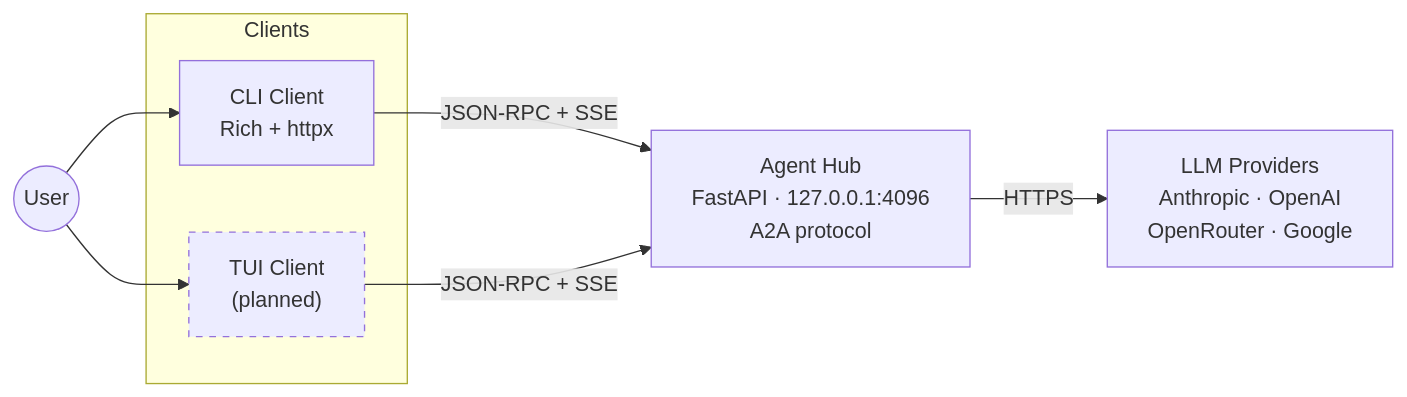
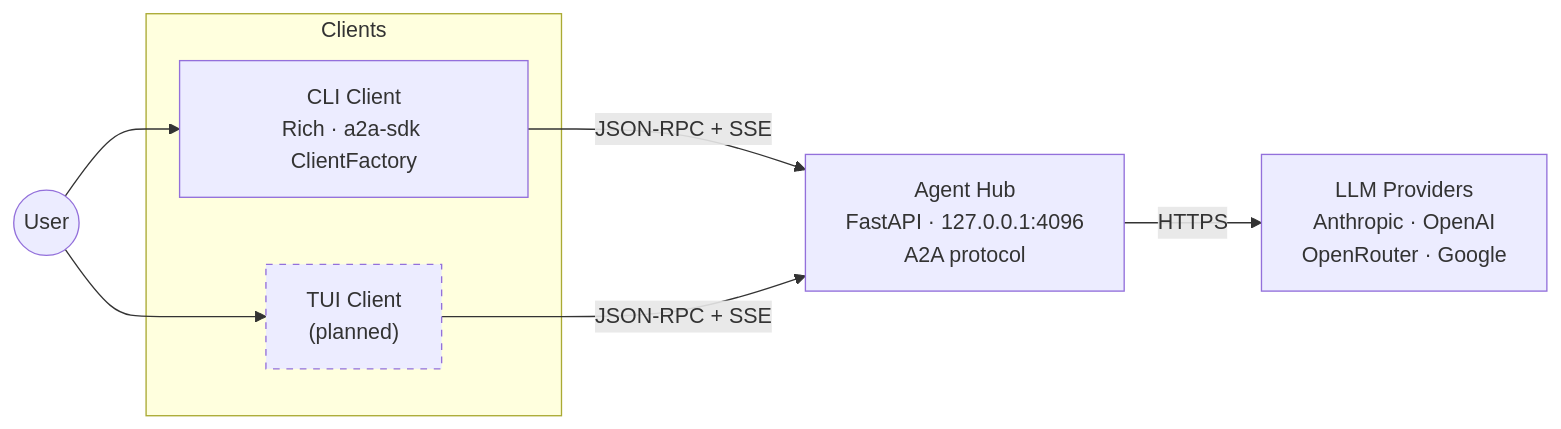
Before and after one commit to ColeB1722/fin-assist: the first of 4 diagrams in README.md, drawn with Mermaid. The commit also changed other lines of this file and 1 other file, not shown here.

First line of the commit message:
docs: align README diagrams and architecture.md with current code

````diff
--- a/README.md
+++ b/README.md
@@ -14,22 +14,22 @@
 ```mermaid
 graph LR
     User(("User"))
 
     subgraph Clients
-        CLI["CLI Client<br/>Rich + httpx"]
+        CLI["CLI Client<br/>Rich · a2a-sdk ClientFactory"]
         TUI["TUI Client<br/>(planned)"]
     end
 
     HUB["Agent Hub<br/>FastAPI · 127.0.0.1:4096<br/>A2A protocol"]
 
     LLM["LLM Providers<br/>Anthropic · OpenAI<br/>OpenRouter · Google"]
 
     User --> CLI
     User --> TUI
     CLI -->|"JSON-RPC + SSE"| HUB
     TUI -->|"JSON-RPC + SSE"| HUB
     HUB -->|"HTTPS"| LLM
 
     classDef planned stroke-dasharray: 5 5
     class TUI planned
 ```
````
